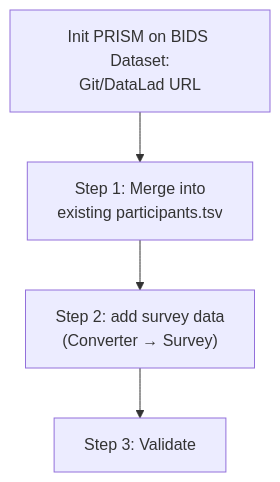
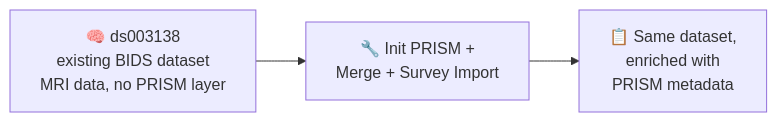
The diagram in docs/TUTORIAL_BEGINNER_6_EXISTING_BIDS.md (MRI-Lab-Graz/prism-studio), drawn with Mermaid before and after one commit. The commit also changed 5 other files, not shown here.

First line of the commit message:
docs: replace per-chapter step flowcharts with input->tool->output diagrams (#126)

````diff
--- a/docs/TUTORIAL_BEGINNER_6_EXISTING_BIDS.md
+++ b/docs/TUTORIAL_BEGINNER_6_EXISTING_BIDS.md
@@ -7,6 +7,5 @@
 ```{mermaid}
-flowchart TD
-    A["Init PRISM on BIDS Dataset:<br/>Git/DataLad URL"] --> B["Step 1: Merge into<br/>existing participants.tsv"]
-    B --> C["Step 2: add survey data<br/>(Converter → Survey)"]
-    C --> D["Step 3: Validate"]
+flowchart LR
+    A["🧠 ds003138<br/>existing BIDS dataset<br/>MRI data, no PRISM layer"] --> B["🔧 Init PRISM +<br/>Merge + Survey Import"]
+    B --> C["📋 Same dataset,<br/>enriched with<br/>PRISM metadata"]
 ```
````
